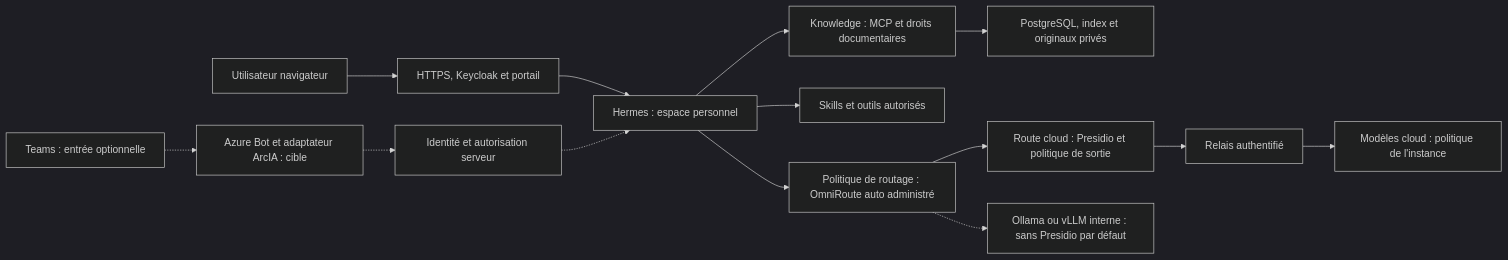
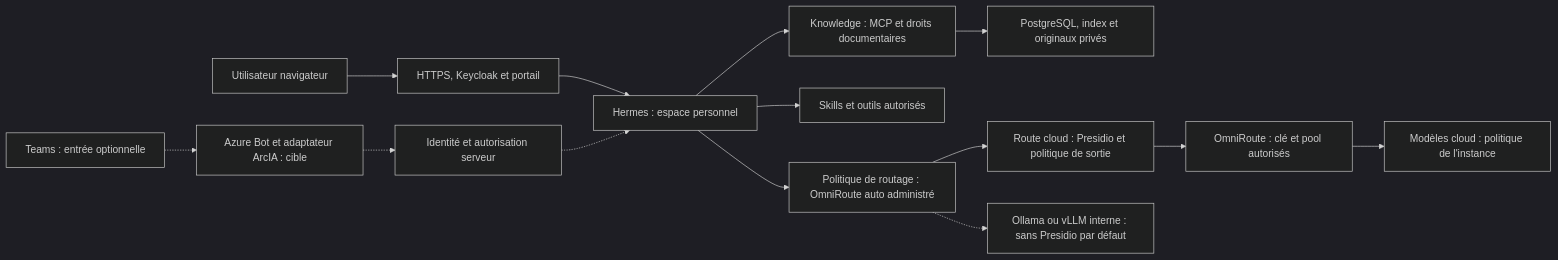
Before and after one commit to nicolastheuil/ArcIA: the diagram in README.md, drawn with Mermaid (dark theme). The commit also changed other lines of this file and 22 other files, not shown here.

Commit message:
Qualify private OmniRoute provider access and preserve default routing

````diff
--- a/README.md
+++ b/README.md
@@ -28,16 +28,16 @@
 ```mermaid
 flowchart LR
   U[Utilisateur navigateur] --> I[HTTPS, Keycloak et portail]
   I --> H[Hermes : espace personnel]
   TEAMS[Teams : entrée optionnelle] -.-> BOT[Azure Bot et adaptateur ArcIA : cible]
   BOT -.-> AUTH[Identité et autorisation serveur]
   AUTH -.-> H
   H --> K[Knowledge : MCP et droits documentaires]
   K --> D[PostgreSQL, index et originaux privés]
   H --> T[Skills et outils autorisés]
   H --> ROUTE[Politique de routage : OmniRoute auto administré]
   ROUTE --> P[Route cloud : Presidio et politique de sortie]
-  P --> R[Relais authentifié]
+  P --> R[OmniRoute : clé et pool autorisés]
   R --> M[Modèles cloud : politique de l'instance]
   ROUTE -.-> LOCAL[Ollama ou vLLM interne : sans Presidio par défaut]
 ```
````
